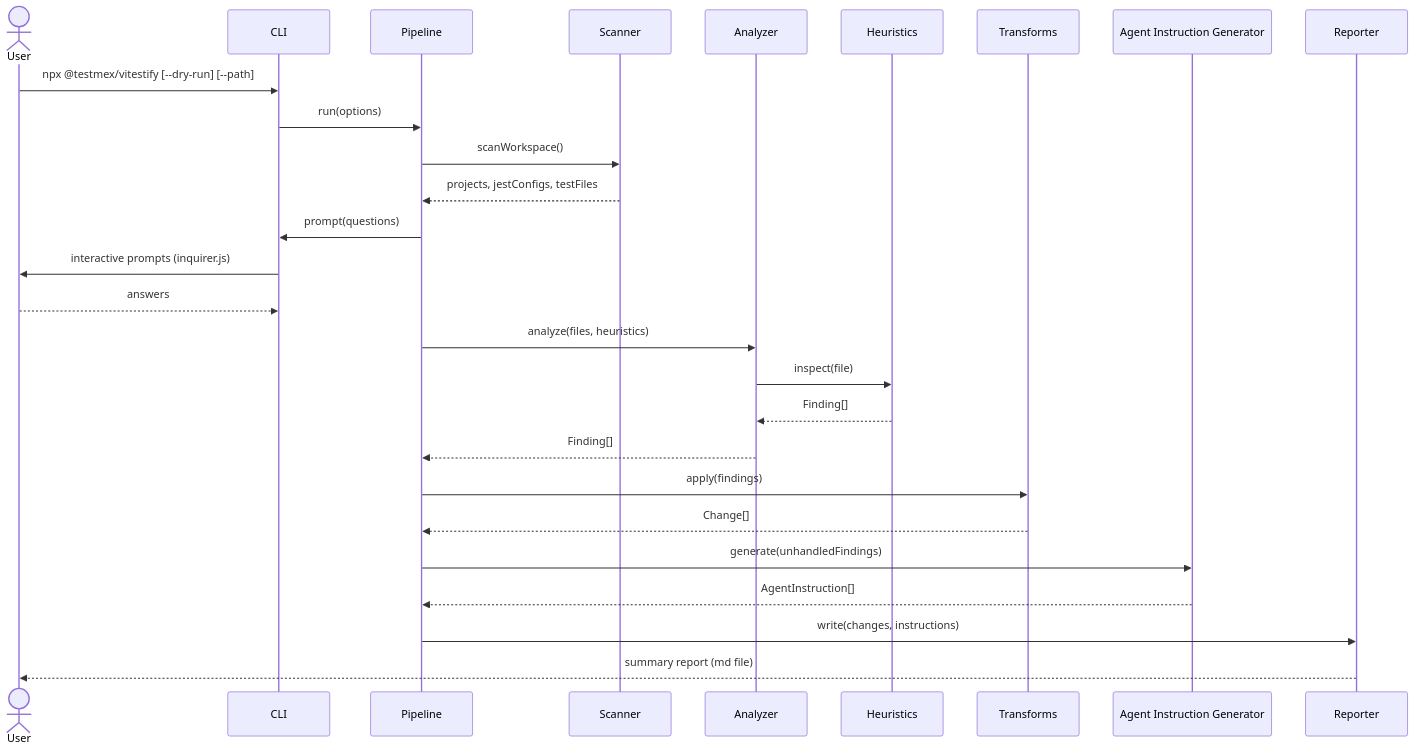
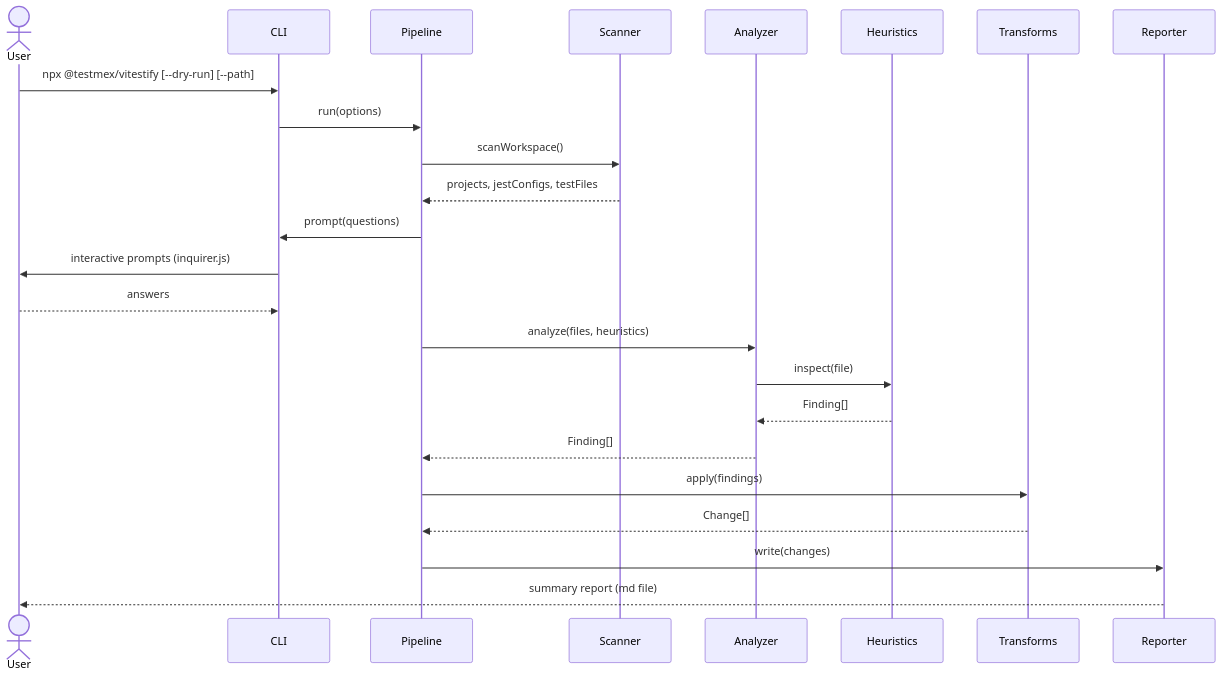
The second of 3 diagrams in design-docs/001-vitestify.md (testmex/testmex), drawn with Mermaid before and after one commit. The commit also changed other lines of this file, not shown here.

````diff
--- a/design-docs/001-vitestify.md
+++ b/design-docs/001-vitestify.md
@@ -41,30 +54,27 @@
 ```mermaid
 sequenceDiagram
     actor User
     participant CLI
     participant Pipeline
     participant Scanner
     participant Analyzer
     participant Heuristics
     participant Transforms
-    participant AgentGen as Agent Instruction Generator
     participant Reporter
 
     User->>CLI: npx @testmex/vitestify [--dry-run] [--path]
     CLI->>Pipeline: run(options)
     Pipeline->>Scanner: scanWorkspace()
     Scanner-->>Pipeline: projects, jestConfigs, testFiles
     Pipeline->>CLI: prompt(questions)
     CLI->>User: interactive prompts (inquirer.js)
     User-->>CLI: answers
     Pipeline->>Analyzer: analyze(files, heuristics)
     Analyzer->>Heuristics: inspect(file)
     Heuristics-->>Analyzer: Finding[]
     Analyzer-->>Pipeline: Finding[]
     Pipeline->>Transforms: apply(findings)
     Transforms-->>Pipeline: Change[]
-    Pipeline->>AgentGen: generate(unhandledFindings)
-    AgentGen-->>Pipeline: AgentInstruction[]
-    Pipeline->>Reporter: write(changes, instructions)
+    Pipeline->>Reporter: write(changes)
     Reporter-->>User: summary report (md file)
 ```
````
